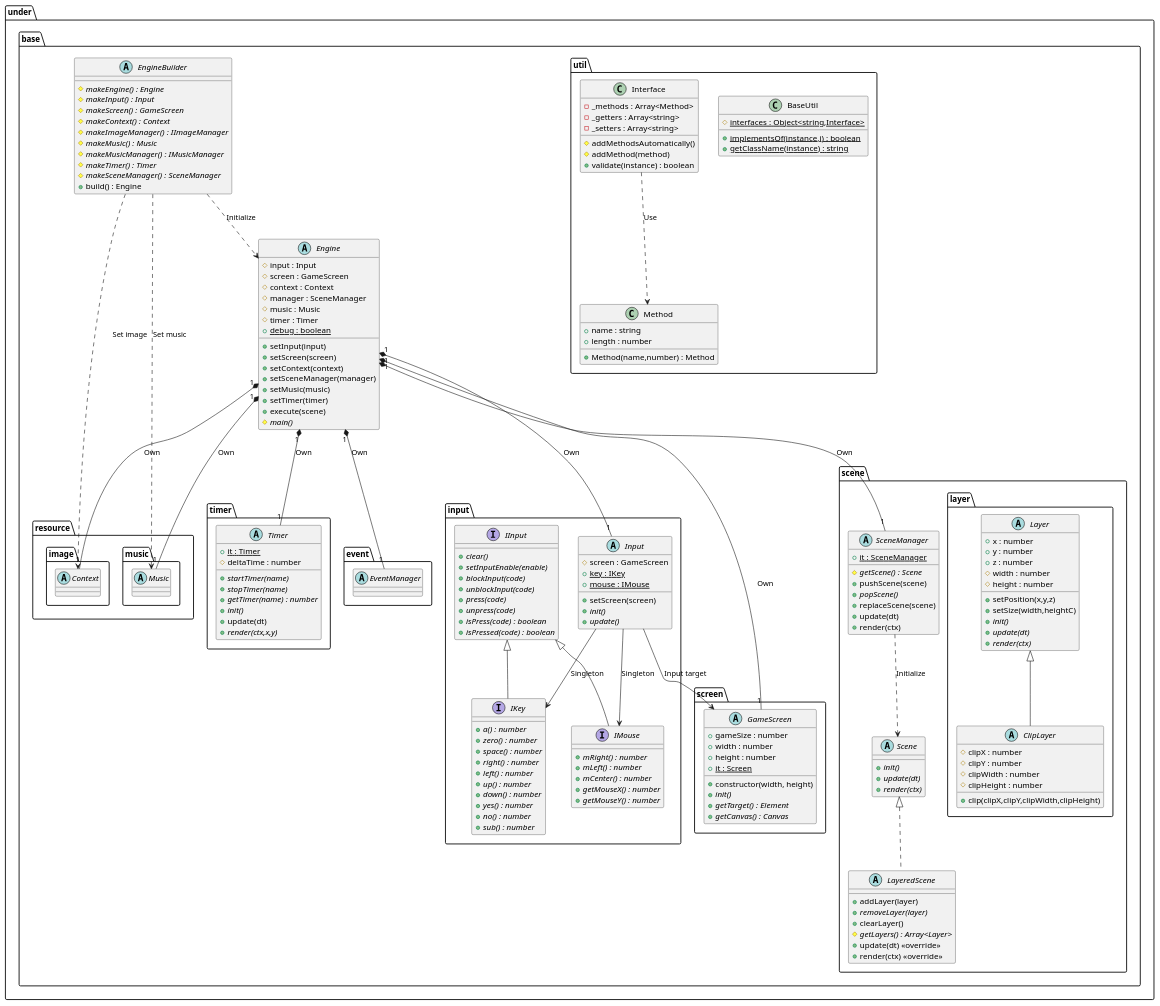
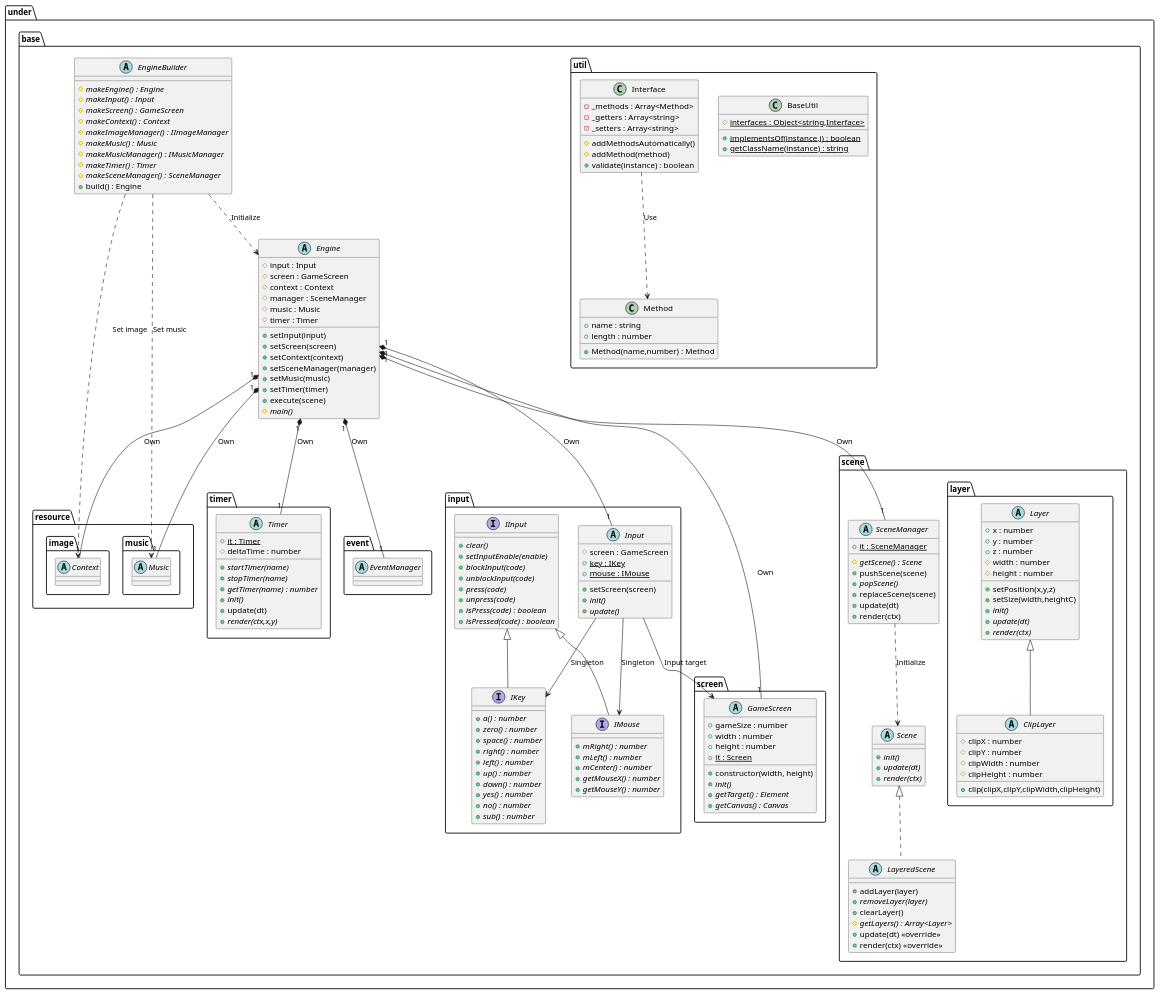
Before and after one commit to Expine/Under: the diagram in uml/gamebase/Base.wsd, drawn with PlantUML. The commit also changed 12 other files, not shown here.

```diff
--- a/uml/gamebase/Base.wsd
+++ b/uml/gamebase/Base.wsd
@@ -21,7 +21,6 @@
             #manager : SceneManager
             #music : Music
             #timer : Timer
-            {static} +debug : boolean
             +setInput(input)
             +setScreen(screen)
             +setContext(context)
```
